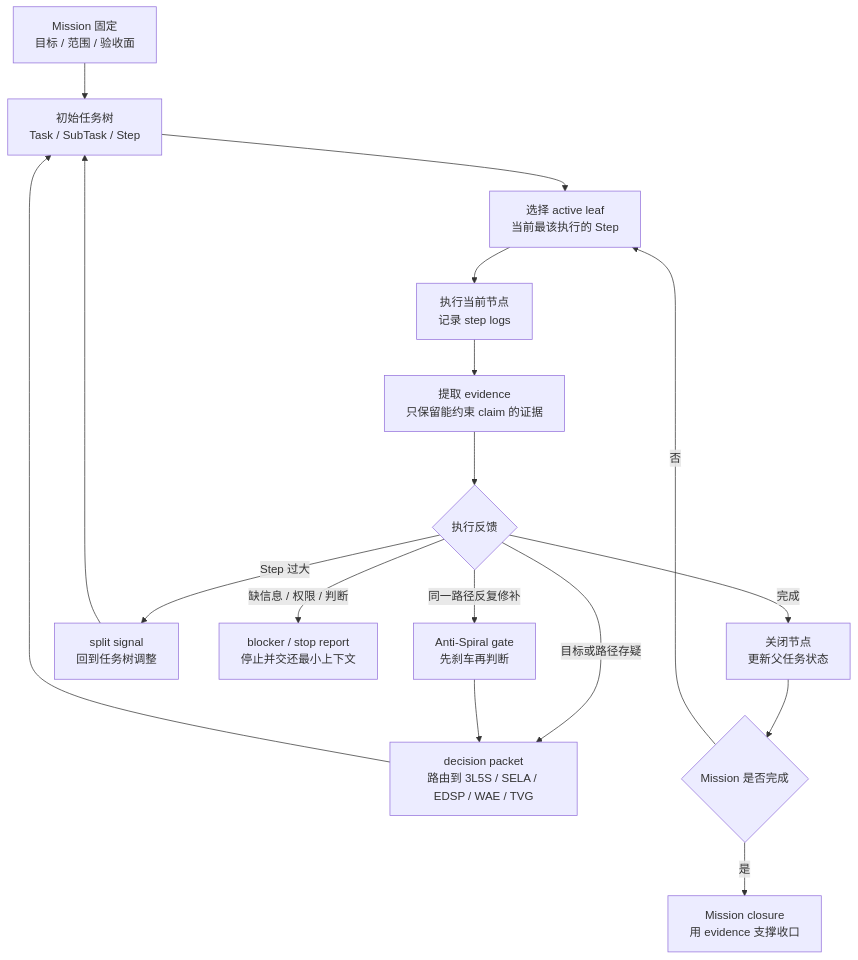
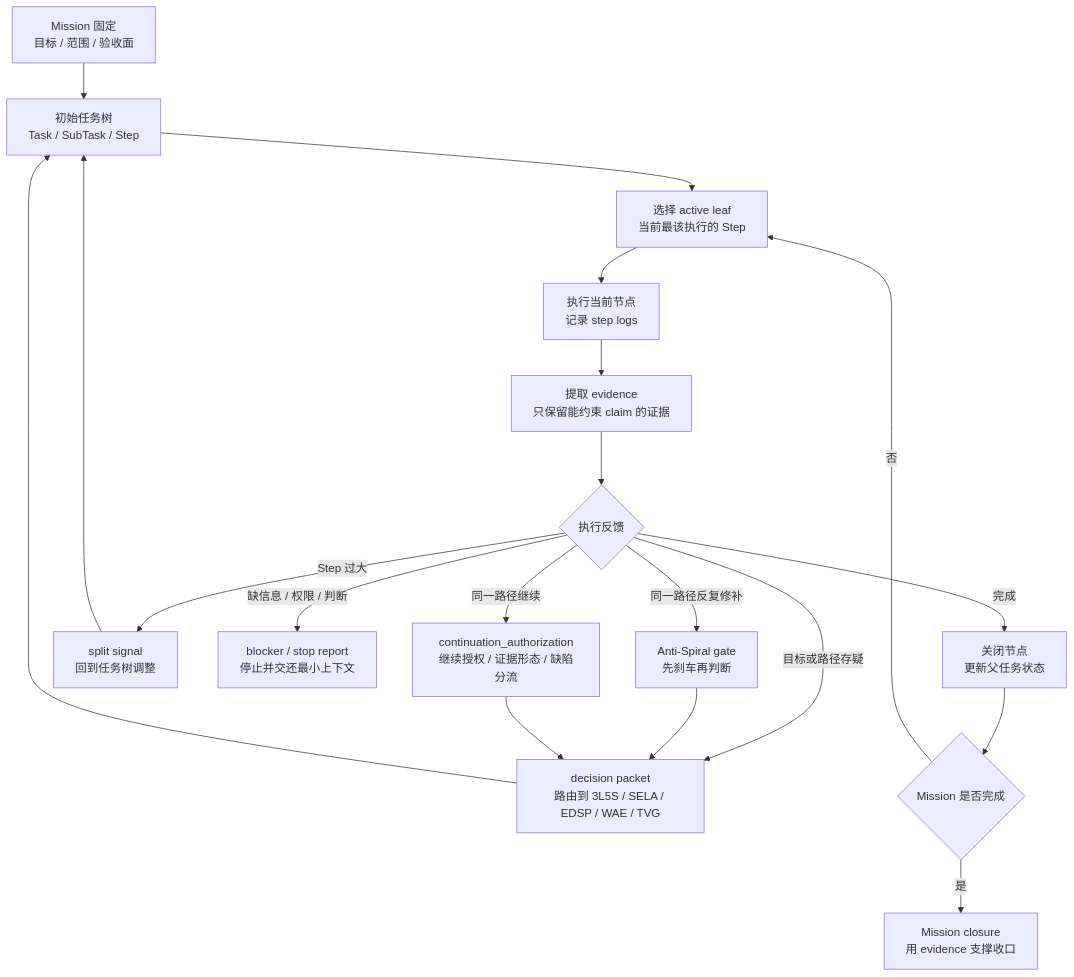
The diagram in runtime-deps/mindthus/release/docs/methodologies/tplan.md (rv198-star/wff-release), drawn with Mermaid before and after one commit. The commit also changed other lines of this file and 162 other files, not shown here.

````diff
--- a/runtime-deps/mindthus/release/docs/methodologies/tplan.md
+++ b/runtime-deps/mindthus/release/docs/methodologies/tplan.md
@@ -57,21 +164,23 @@
 ```mermaid
 flowchart TD
   A["Mission 固定<br/>目标 / 范围 / 验收面"] --> B["初始任务树<br/>Task / SubTask / Step"]
   B --> C["选择 active leaf<br/>当前最该执行的 Step"]
   C --> D["执行当前节点<br/>记录 step logs"]
   D --> E["提取 evidence<br/>只保留能约束 claim 的证据"]
 
   E --> F{"执行反馈"}
   F -->|"完成"| G["关闭节点<br/>更新父任务状态"]
   F -->|"Step 过大"| H["split signal<br/>回到任务树调整"]
   F -->|"缺信息 / 权限 / 判断"| I["blocker / stop report<br/>停止并交还最小上下文"]
   F -->|"目标或路径存疑"| J["decision packet<br/>路由到 3L5S / SELA / EDSP / WAE / TVG"]
   F -->|"同一路径反复修补"| K["Anti-Spiral gate<br/>先刹车再判断"]
+  F -->|"同一路径继续"| N["continuation_authorization<br/>继续授权 / 证据形态 / 缺陷分流"]
 
   H --> B
   J --> B
   K --> J
+  N --> J
   G --> L{"Mission 是否完成"}
   L -->|"否"| C
   L -->|"是"| M["Mission closure<br/>用 evidence 支撑收口"]
 ```
````
